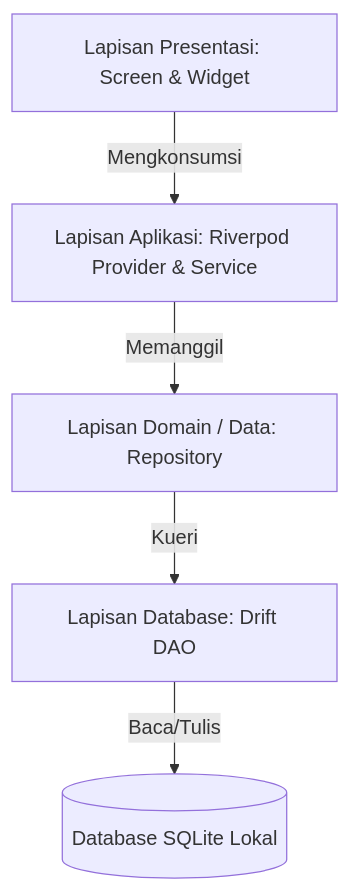
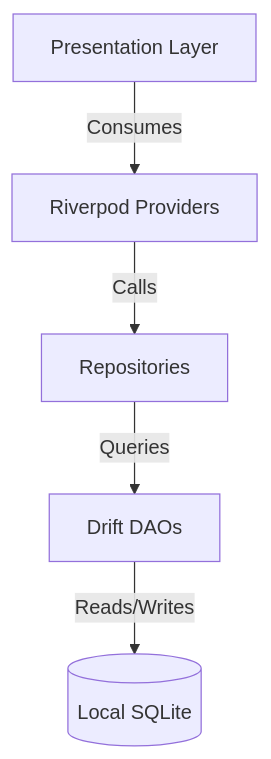
The diagram in README.id.md (Eliasilyz/Money-Manager), drawn with Mermaid before and after one commit. The commit also changed other lines of this file and 2 other files, not shown here.

Commit message:
Update Readme and Wiki

````diff
--- a/README.id.md
+++ b/README.id.md
@@ -85,7 +85,7 @@
 ```mermaid
 graph TD
-    UI[Lapisan Presentasi: Screen & Widget] -->|Mengkonsumsi| Provider[Lapisan Aplikasi: Riverpod Provider & Service]
-    Provider -->|Memanggil| Repo[Lapisan Domain / Data: Repository]
-    Repo -->|Kueri| DAO[Lapisan Database: Drift DAO]
-    DAO -->|Baca/Tulis| SQLite[(Database SQLite Lokal)]
+    A[Presentation Layer] -- Consumes --> B[Riverpod Providers]
+    B -- Calls --> C[Repositories]
+    C -- Queries --> D[Drift DAOs]
+    D -- Reads/Writes --> E[(Local SQLite)]
 ```
````
